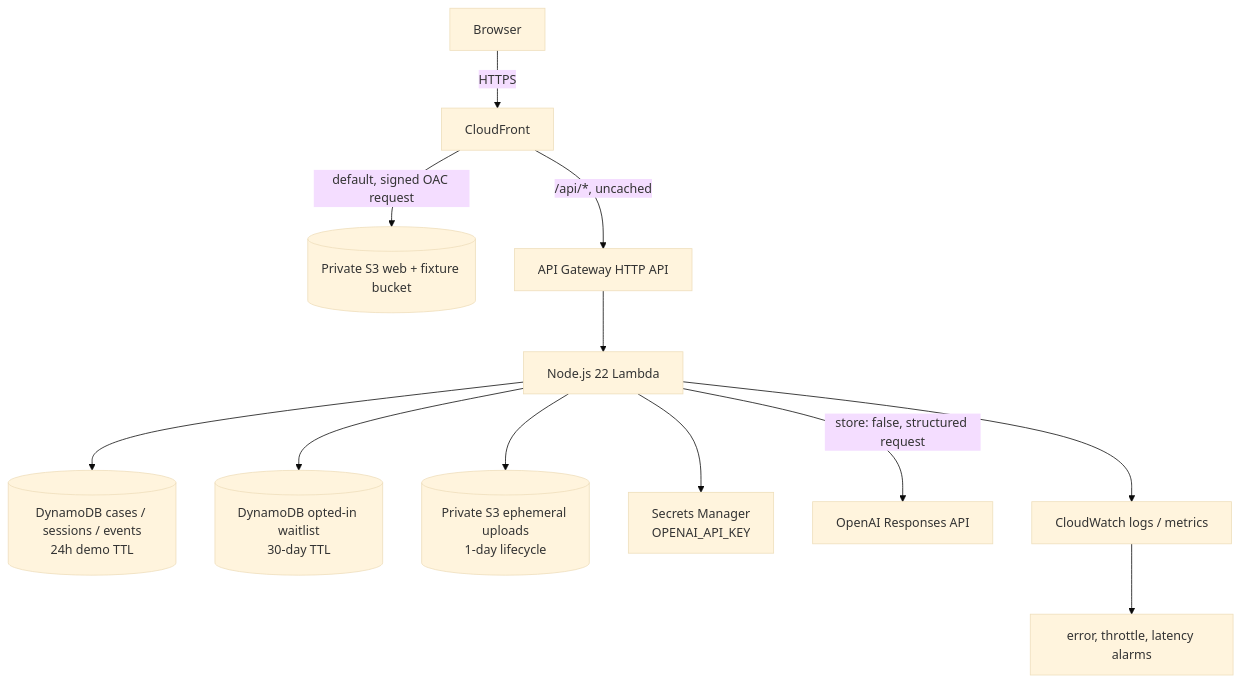
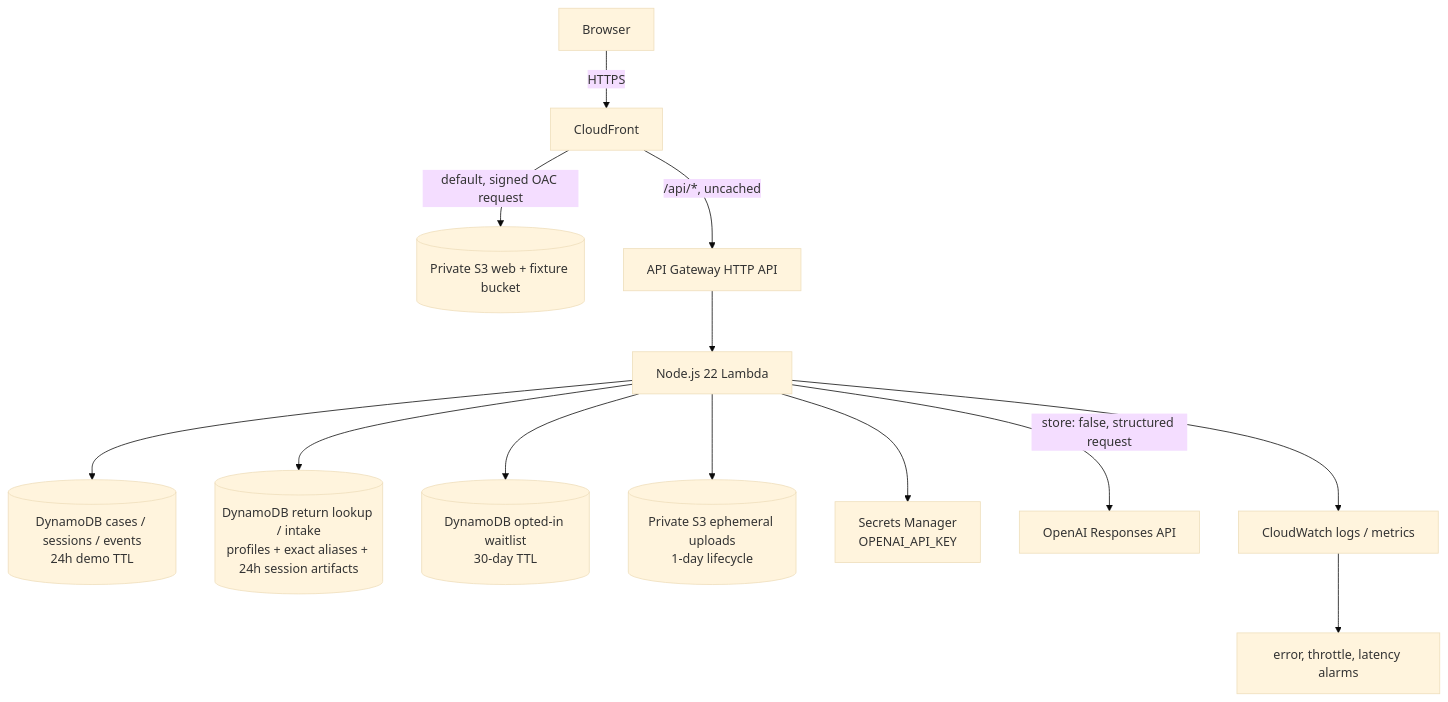
One commit to grandcanyonsmith/redo-return-integrity changed the second of 7 diagrams in docs/architecture.md. Above: the diagram before and after it, drawn with Mermaid (base theme). The commit also changed other lines of this file and 69 other files, not shown here.

Commit message:
Add OpenAI return intake and MCP workflow

````diff
--- a/docs/architecture.md
+++ b/docs/architecture.md
@@ -27,15 +27,16 @@
 ```mermaid
 flowchart TB
   Browser[Browser] -->|HTTPS| CF[CloudFront]
   CF -->|default, signed OAC request| Web[(Private S3 web + fixture bucket)]
   CF -->|/api/*, uncached| APIGW[API Gateway HTTP API]
   APIGW --> Lambda[Node.js 22 Lambda]
 
   Lambda --> Cases[(DynamoDB cases / sessions / events<br/>24h demo TTL)]
+  Lambda --> ReturnLookup[(DynamoDB return lookup / intake<br/>profiles + exact aliases + 24h session artifacts)]
   Lambda --> Waitlist[(DynamoDB opted-in waitlist<br/>30-day TTL)]
   Lambda --> Uploads[(Private S3 ephemeral uploads<br/>1-day lifecycle)]
   Lambda --> Secrets[Secrets Manager<br/>OPENAI_API_KEY]
   Lambda -->|store: false, structured request| OAI[OpenAI Responses API]
   Lambda --> Logs[CloudWatch logs / metrics]
   Logs --> Alarms[error, throttle, latency alarms]
 ```
````
